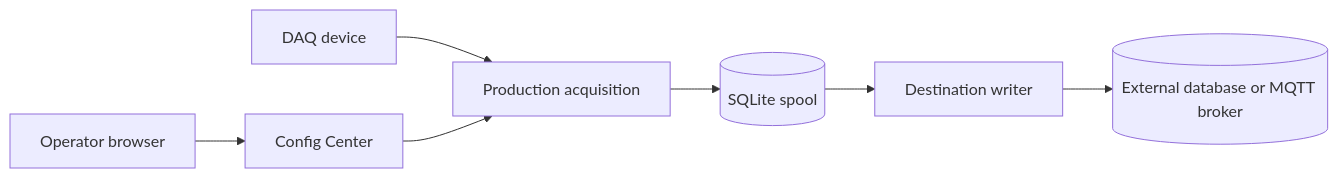
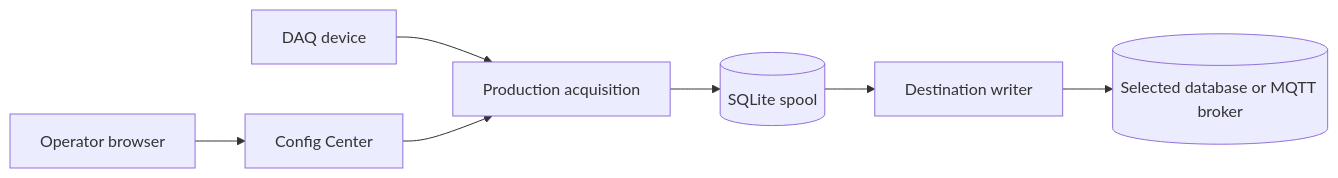
One commit to Faiisu/DAQNavi-data-forwarder changed the diagram in README.md. Above: the diagram before and after it, drawn with Mermaid. The commit also changed other lines of this file and 40 other files, not shown here.

````diff
--- a/README.md
+++ b/README.md
@@ -49,9 +53,9 @@
 ```mermaid
 flowchart LR
     DAQ[DAQ device] --> Capture[Production acquisition]
     Capture --> Spool[(SQLite spool)]
     Spool --> Writer[Destination writer]
-    Writer --> External[(External database or MQTT broker)]
+    Writer --> Destination[(Selected database or MQTT broker)]
     Operator[Operator browser] --> Web[Config Center]
     Web --> Capture
 ```
````
